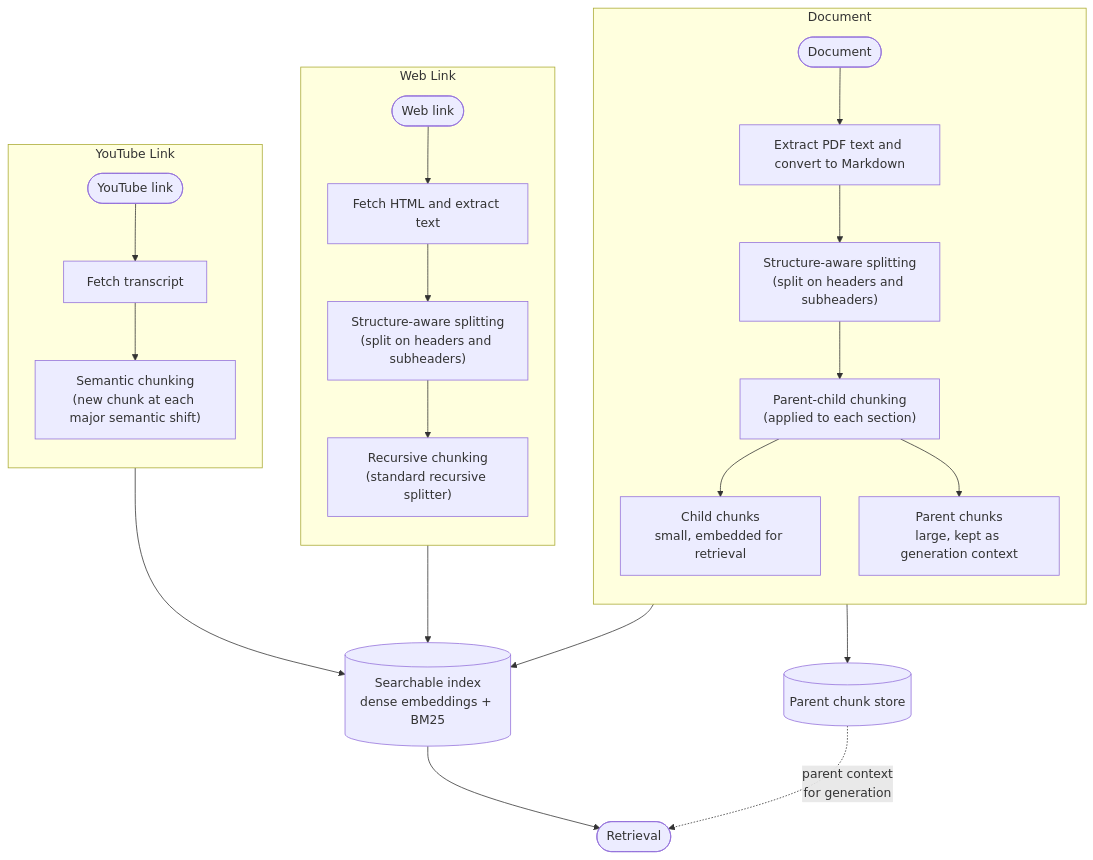
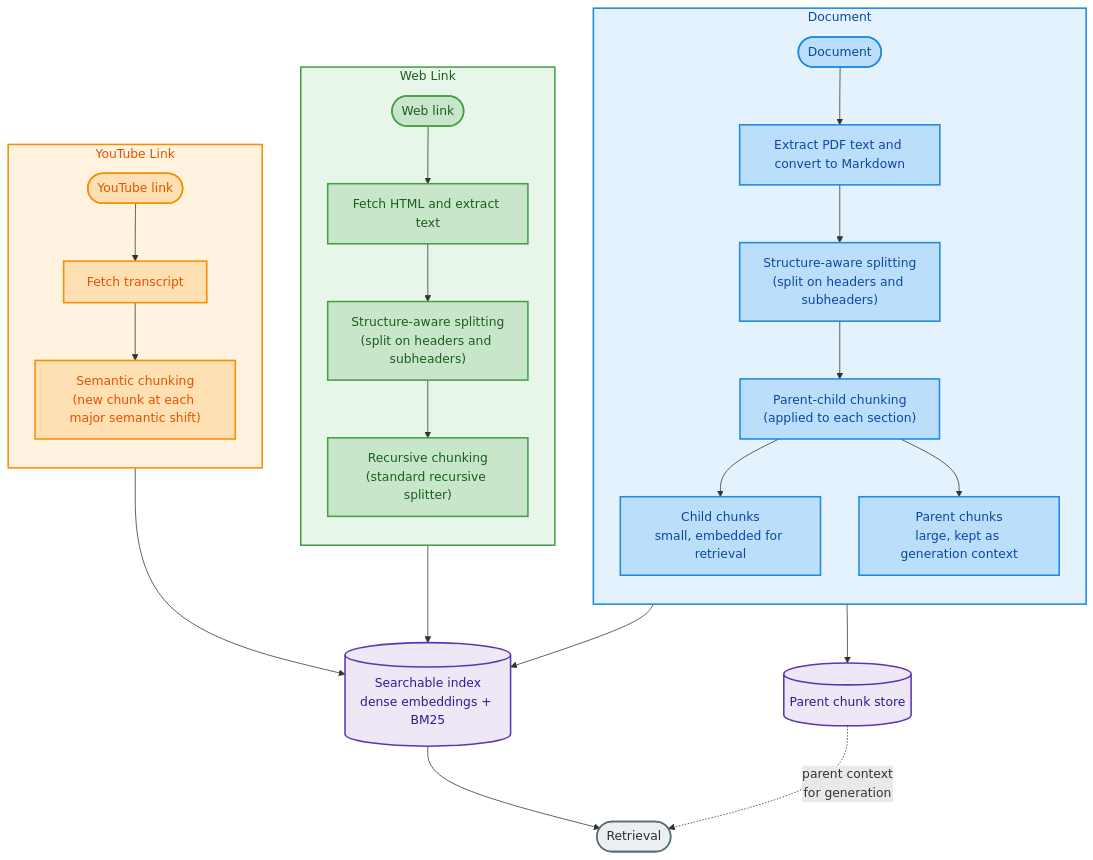
One commit to Abidkazmi7/Multipurpose-RAG changed the second of 5 diagrams in README.md. Above: the diagram before and after it, drawn with Mermaid. The commit also changed other lines of this file, not shown here.

````diff
--- a/README.md
+++ b/README.md
@@ -109,31 +110,47 @@
 ```mermaid
 flowchart TB
     subgraph DOC["Document"]
         direction TB
         D1([Document]) --> D2[Extract PDF text and convert to Markdown]
         D2 --> D3["Structure-aware splitting<br/>(split on headers and subheaders)"]
         D3 --> D4["Parent-child chunking<br/>(applied to each section)"]
         D4 --> D5["Child chunks<br/>small, embedded for retrieval"]
         D4 --> D6["Parent chunks<br/>large, kept as generation context"]
     end
 
     subgraph WEB["Web Link"]
         direction TB
         W1([Web link]) --> W2[Fetch HTML and extract text]
         W2 --> W3["Structure-aware splitting<br/>(split on headers and subheaders)"]
         W3 --> W4["Recursive chunking<br/>(standard recursive splitter)"]
     end
 
     subgraph YT["YouTube Link"]
         direction TB
         Y1([YouTube link]) --> Y2[Fetch transcript]
         Y2 --> Y3["Semantic chunking<br/>(new chunk at each major semantic shift)"]
     end
 
     D5 --> IDX[("Searchable index<br/>dense embeddings + BM25")]
     D6 --> PS[("Parent chunk store")]
     W4 --> IDX
     Y3 --> IDX
     IDX --> RET([Retrieval])
     PS -.->|"parent context<br/>for generation"| RET
+
+    classDef docNode fill:#BBDEFB,stroke:#1E88E5,color:#0D47A1,stroke-width:2px
+    classDef webNode fill:#C8E6C9,stroke:#43A047,color:#1B5E20,stroke-width:2px
+    classDef ytNode fill:#FFE0B2,stroke:#FB8C00,color:#E65100,stroke-width:2px
+    classDef storage fill:#EDE7F6,stroke:#5E35B1,color:#311B92,stroke-width:2px
+    classDef terminal fill:#ECEFF1,stroke:#546E7A,color:#263238,stroke-width:2px
+
+    class D1,D2,D3,D4,D5,D6 docNode
+    class W1,W2,W3,W4 webNode
+    class Y1,Y2,Y3 ytNode
+    class IDX,PS storage
+    class RET terminal
+
+    style DOC fill:#E3F2FD,stroke:#1E88E5,stroke-width:2px,color:#0D47A1
+    style WEB fill:#E8F5E9,stroke:#43A047,stroke-width:2px,color:#1B5E20
+    style YT fill:#FFF3E0,stroke:#FB8C00,stroke-width:2px,color:#E65100
 ```
````
